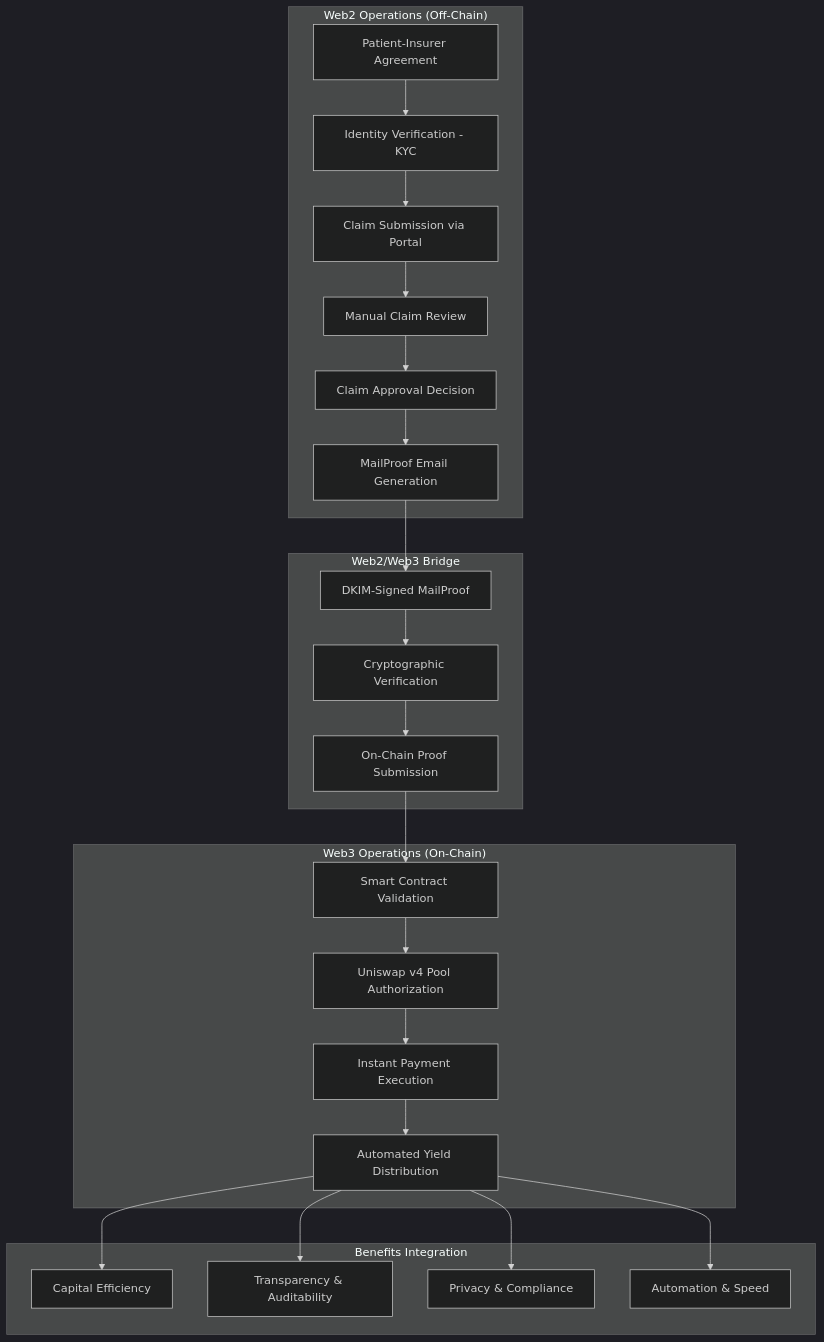
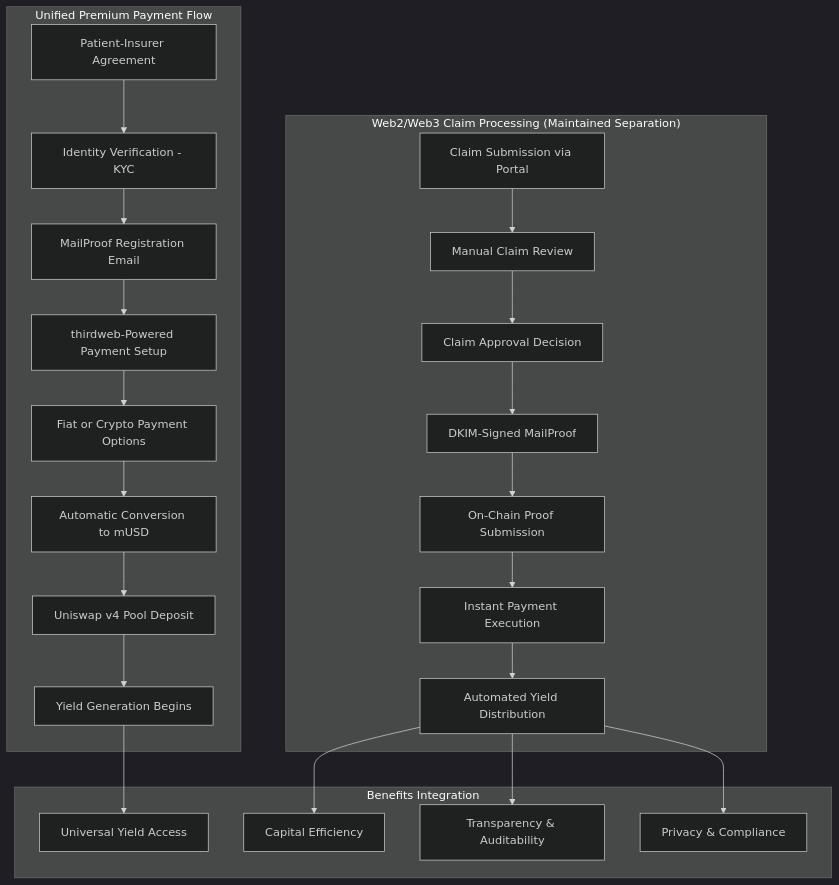
Before and after one commit to ppezzull/zkMed: the first of 5 diagrams in memory-bank/activeContext.md, drawn with Mermaid (dark theme). The commit also changed other lines of this file and 3 other files, not shown here.

````diff
--- a/memory-bank/activeContext.md
+++ b/memory-bank/activeContext.md
@@ -26,30 +26,28 @@
 ```mermaid
 graph TB
-    subgraph "Web2 Operations (Off-Chain)"
+    subgraph "Unified Premium Payment Flow"
         A[Patient-Insurer Agreement] --> B[Identity Verification - KYC]
-        B --> C[Claim Submission via Portal]
-        C --> D[Manual Claim Review]
-        D --> E[Claim Approval Decision]
-        E --> F[MailProof Email Generation]
+        B --> C[MailProof Registration Email]
+        C --> D[thirdweb-Powered Payment Setup]
+        D --> E[Fiat or Crypto Payment Options]
+        E --> F[Automatic Conversion to mUSD]
+        F --> G[Uniswap v4 Pool Deposit]
+        G --> H[Yield Generation Begins]
     end
     
-    subgraph "Web2/Web3 Bridge"
-        F --> G[DKIM-Signed MailProof]
-        G --> H[Cryptographic Verification]
-        H --> I[On-Chain Proof Submission]
-    end
-    
-    subgraph "Web3 Operations (On-Chain)"
-        I --> J[Smart Contract Validation]
-        J --> K[Uniswap v4 Pool Authorization]
-        K --> L[Instant Payment Execution]
-        L --> M[Automated Yield Distribution]
+    subgraph "Web2/Web3 Claim Processing (Maintained Separation)"
+        I[Claim Submission via Portal] --> J[Manual Claim Review]
+        J --> K[Claim Approval Decision]
+        K --> L[DKIM-Signed MailProof]
+        L --> M[On-Chain Proof Submission]
+        M --> N[Instant Payment Execution]
+        N --> O[Automated Yield Distribution]
     end
     
     subgraph "Benefits Integration"
-        M --> N[Capital Efficiency]
-        M --> O[Transparency & Auditability]
-        M --> P[Privacy & Compliance]
-        M --> Q[Automation & Speed]
+        H --> P[Universal Yield Access]
+        O --> Q[Capital Efficiency]
+        O --> R[Transparency & Auditability]
+        O --> S[Privacy & Compliance]
     end
 ```
````
